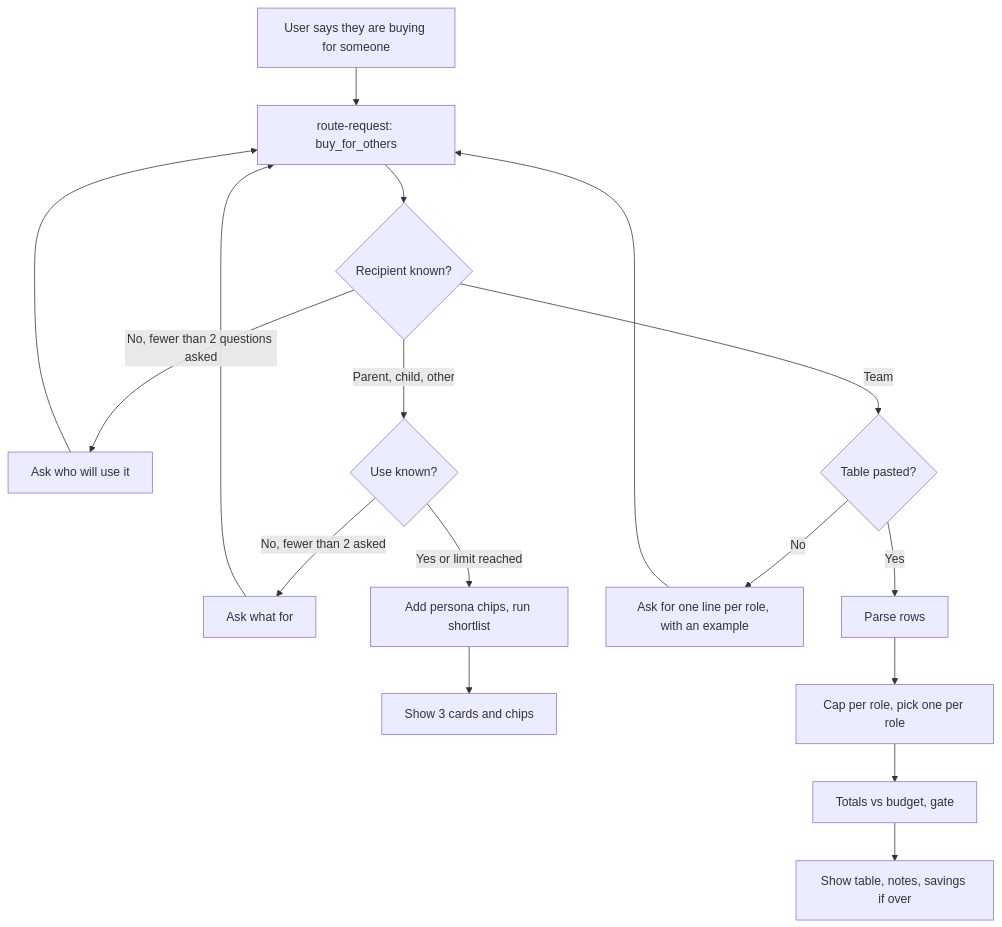
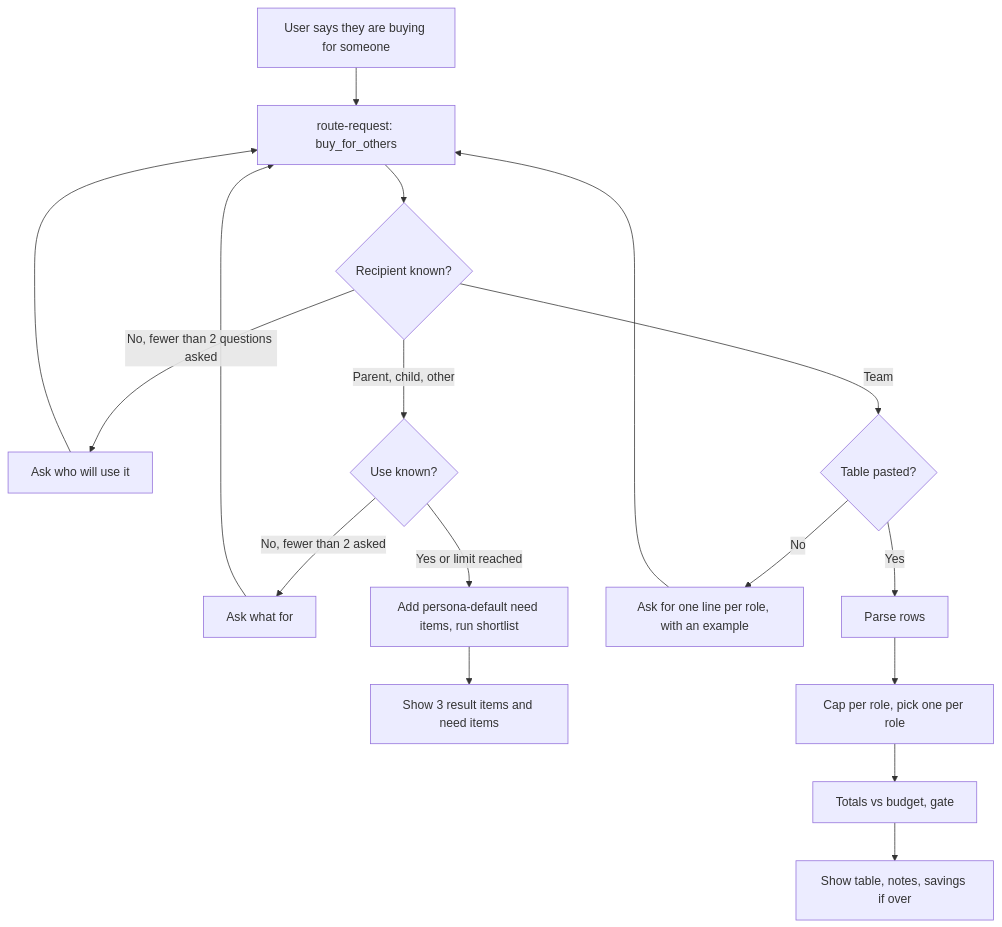
The diagram in lapfit-project/ai-spec/specs/F04_buy_for_others_and_teams.md (Atharvojha/AIforPMCapstoneProject_Team11), drawn with Mermaid before and after one commit. The commit also changed other lines of this file and 46 other files, not shown here.

````diff
--- a/lapfit-project/ai-spec/specs/F04_buy_for_others_and_teams.md
+++ b/lapfit-project/ai-spec/specs/F04_buy_for_others_and_teams.md
@@ -53,19 +55,19 @@
 ```mermaid
 flowchart TD
   A[User says they are buying for someone] --> B[route-request: buy_for_others]
   B --> C{Recipient known?}
   C -->|No, fewer than 2 questions asked| D[Ask who will use it]
   D --> B
   C -->|Parent, child, other| E{Use known?}
   E -->|No, fewer than 2 asked| F[Ask what for]
   F --> B
-  E -->|Yes or limit reached| G[Add persona chips, run shortlist]
-  G --> H[Show 3 cards and chips]
+  E -->|Yes or limit reached| G[Add persona-default need items, run shortlist]
+  G --> H[Show 3 result items and need items]
   C -->|Team| I{Table pasted?}
   I -->|No| J[Ask for one line per role, with an example]
   J --> B
   I -->|Yes| K[Parse rows]
   K --> L[Cap per role, pick one per role]
   L --> M[Totals vs budget, gate]
   M --> N[Show table, notes, savings if over]
 ```
````
